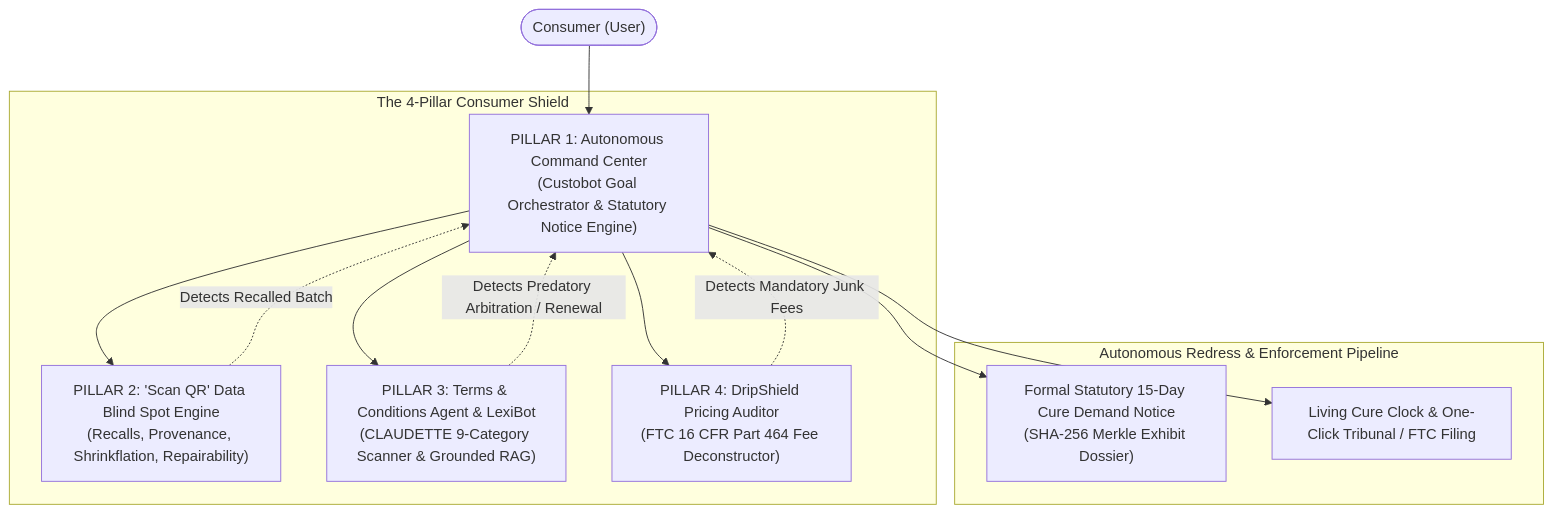
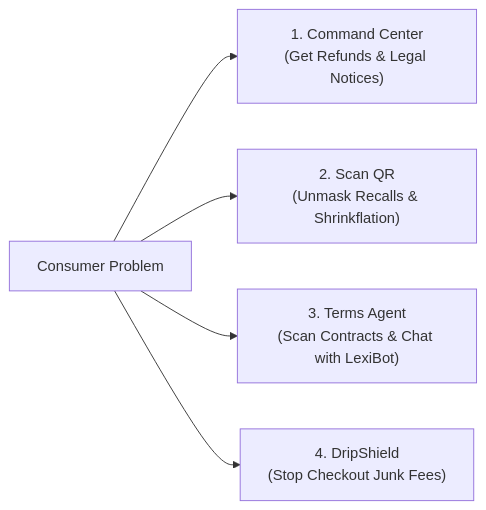
Before and after one commit to Akshit99999/Hackops-CR: the diagram in README.md, drawn with Mermaid. The commit also changed other lines of this file, not shown here.

````diff
--- a/README.md
+++ b/README.md
@@ -10,18 +19,7 @@
 ```mermaid
-flowchart TD
-    User(["Consumer (User)"]) --> CC["PILLAR 1: Autonomous Command Center\n(Custobot Goal Orchestrator & Statutory Notice Engine)"]
-
-    subgraph ShoppingLifecycle["The 4-Pillar Consumer Shield"]
-        CC --> P2["PILLAR 2: 'Scan QR' Data Blind Spot Engine\n(Recalls, Provenance, Shrinkflation, Repairability)"]
-        CC --> P3["PILLAR 3: Terms & Conditions Agent & LexiBot\n(CLAUDETTE 9-Category Scanner & Grounded RAG)"]
-        CC --> P4["PILLAR 4: DripShield Pricing Auditor\n(FTC 16 CFR Part 464 Fee Deconstructor)"]
-    end
-
-    subgraph RedressPipeline["Autonomous Redress & Enforcement Pipeline"]
-        P2 -.->|Detects Recalled Batch| CC
-        P3 -.->|Detects Predatory Arbitration / Renewal| CC
-        P4 -.->|Detects Mandatory Junk Fees| CC
-        CC --> Notice["Formal Statutory 15-Day Cure Demand Notice\n(SHA-256 Merkle Exhibit Dossier)"]
-        CC --> Escalate["Living Cure Clock & One-Click Tribunal / FTC Filing"]
-    end
+flowchart LR
+    A["Consumer Problem"] --> B["1. Command Center\n(Get Refunds & Legal Notices)"]
+    A --> C["2. Scan QR\n(Unmask Recalls & Shrinkflation)"]
+    A --> D["3. Terms Agent\n(Scan Contracts & Chat with LexiBot)"]
+    A --> E["4. DripShield\n(Stop Checkout Junk Fees)"]
 ```
````
